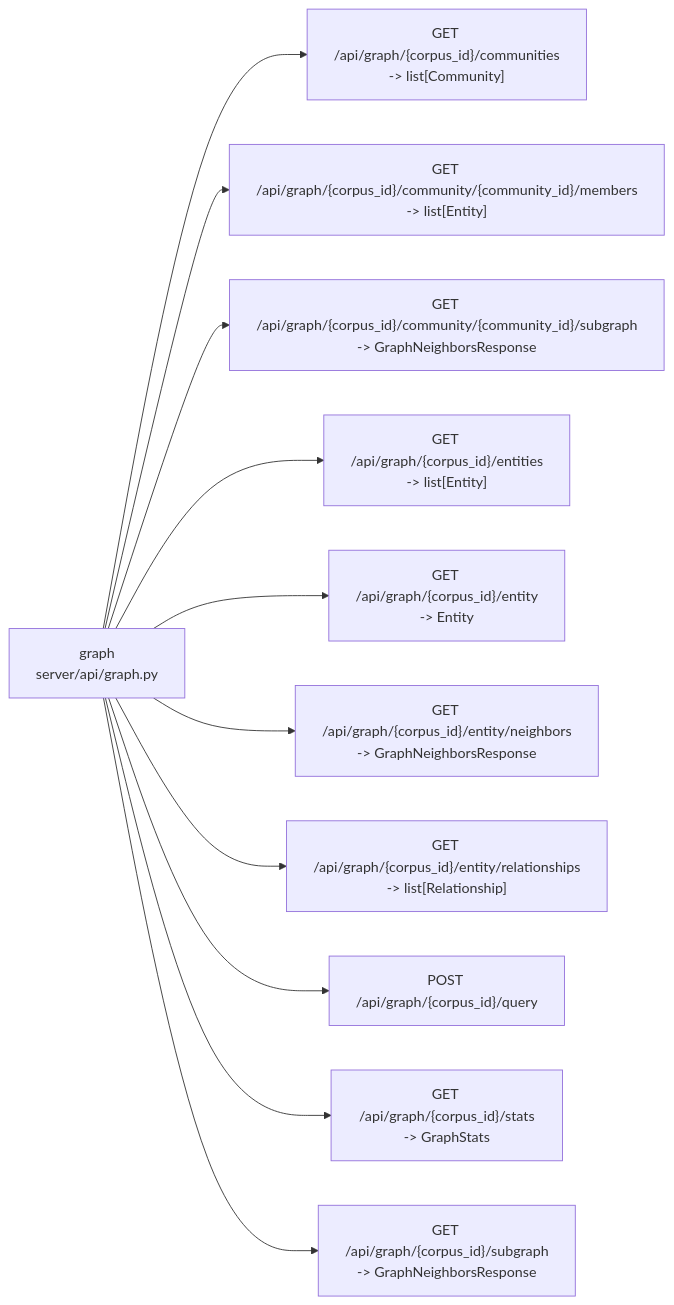
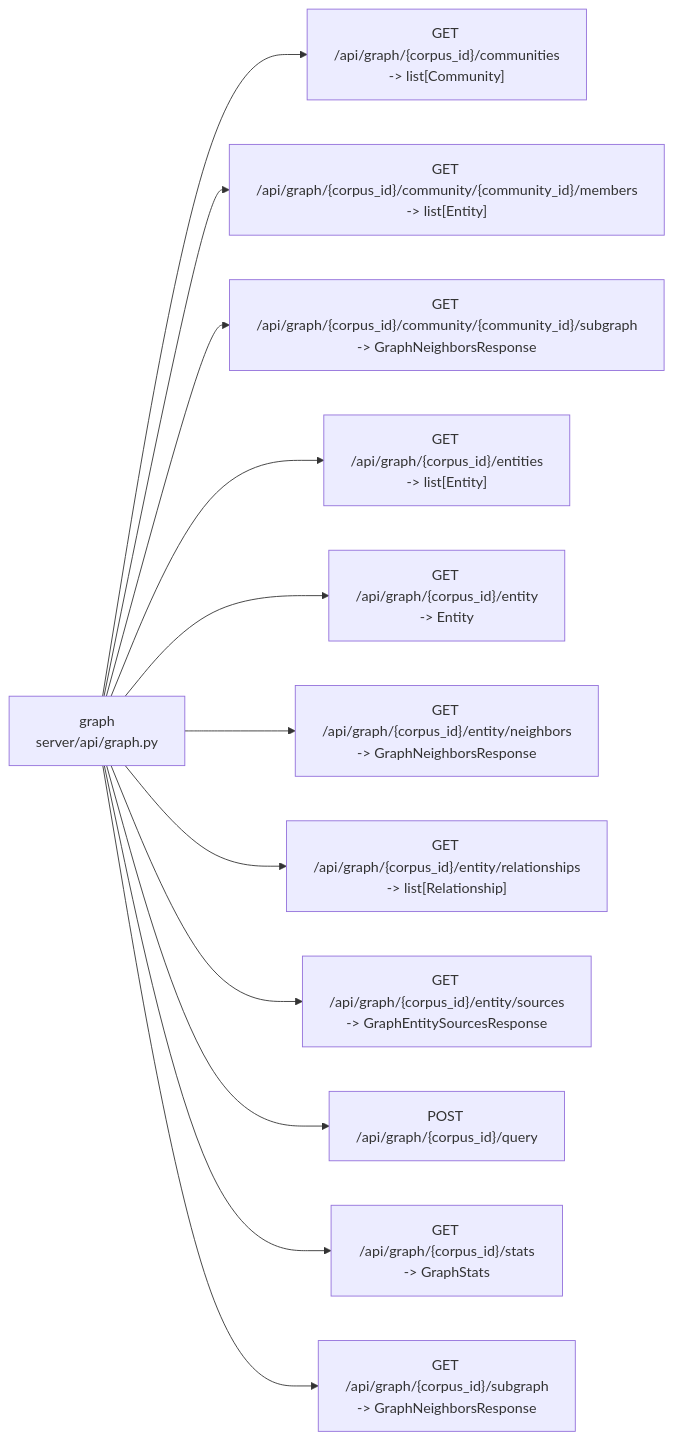
Diagram 13 of 25 in mkdocs/docs/reference/architecture/api-surface.md (DMontgomery40/ragweld), drawn with Mermaid before and after one commit. The commit also changed other lines of this file and 5 other files, not shown here.

````diff
--- a/mkdocs/docs/reference/architecture/api-surface.md
+++ b/mkdocs/docs/reference/architecture/api-surface.md
@@ -390,24 +390,26 @@
 ```mermaid
 flowchart LR
     n_graph["graph\nserver/api/graph.py"]
     n_graph_0["GET /api/graph/{corpus_id}/communities\n-> list[Community]"]
     n_graph --> n_graph_0
     n_graph_1["GET /api/graph/{corpus_id}/community/{community_id}/members\n-> list[Entity]"]
     n_graph --> n_graph_1
     n_graph_2["GET /api/graph/{corpus_id}/community/{community_id}/subgraph\n-> GraphNeighborsResponse"]
     n_graph --> n_graph_2
     n_graph_3["GET /api/graph/{corpus_id}/entities\n-> list[Entity]"]
     n_graph --> n_graph_3
     n_graph_4["GET /api/graph/{corpus_id}/entity\n-> Entity"]
     n_graph --> n_graph_4
     n_graph_5["GET /api/graph/{corpus_id}/entity/neighbors\n-> GraphNeighborsResponse"]
     n_graph --> n_graph_5
     n_graph_6["GET /api/graph/{corpus_id}/entity/relationships\n-> list[Relationship]"]
     n_graph --> n_graph_6
-    n_graph_7["POST /api/graph/{corpus_id}/query"]
+    n_graph_7["GET /api/graph/{corpus_id}/entity/sources\n-> GraphEntitySourcesResponse"]
     n_graph --> n_graph_7
-    n_graph_8["GET /api/graph/{corpus_id}/stats\n-> GraphStats"]
+    n_graph_8["POST /api/graph/{corpus_id}/query"]
     n_graph --> n_graph_8
-    n_graph_9["GET /api/graph/{corpus_id}/subgraph\n-> GraphNeighborsResponse"]
+    n_graph_9["GET /api/graph/{corpus_id}/stats\n-> GraphStats"]
     n_graph --> n_graph_9
+    n_graph_10["GET /api/graph/{corpus_id}/subgraph\n-> GraphNeighborsResponse"]
+    n_graph --> n_graph_10
 ```
````
